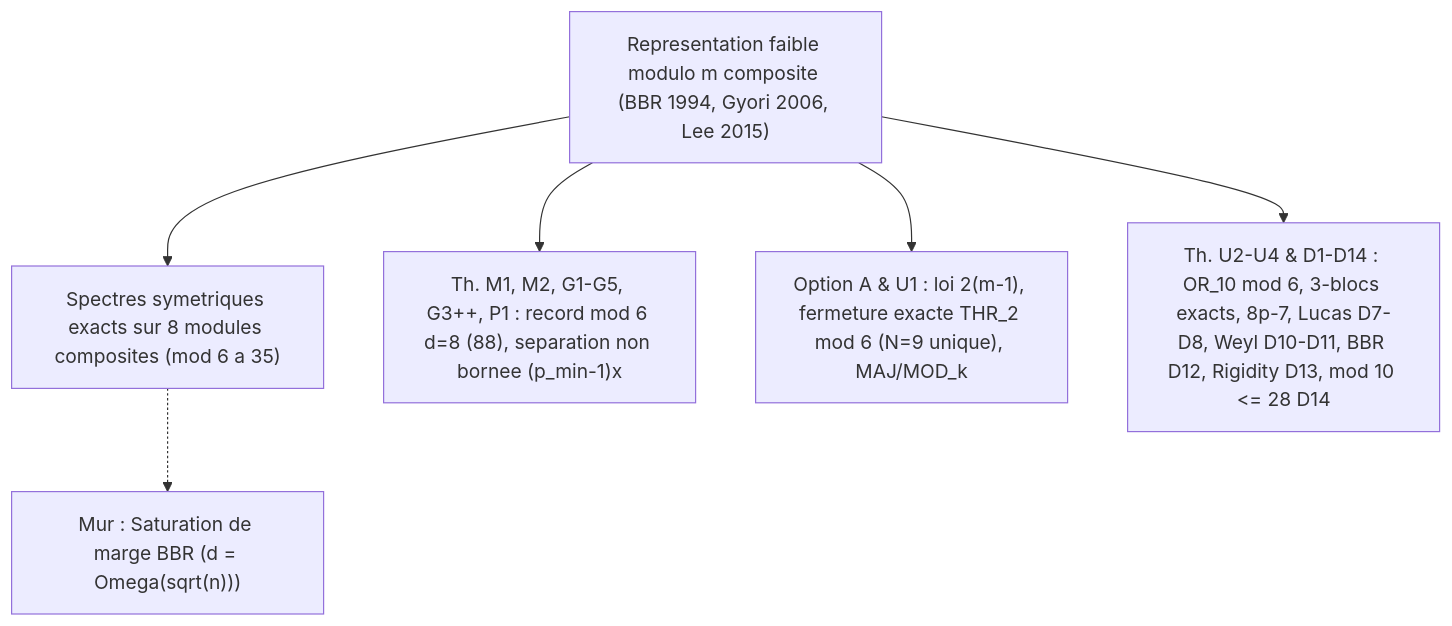
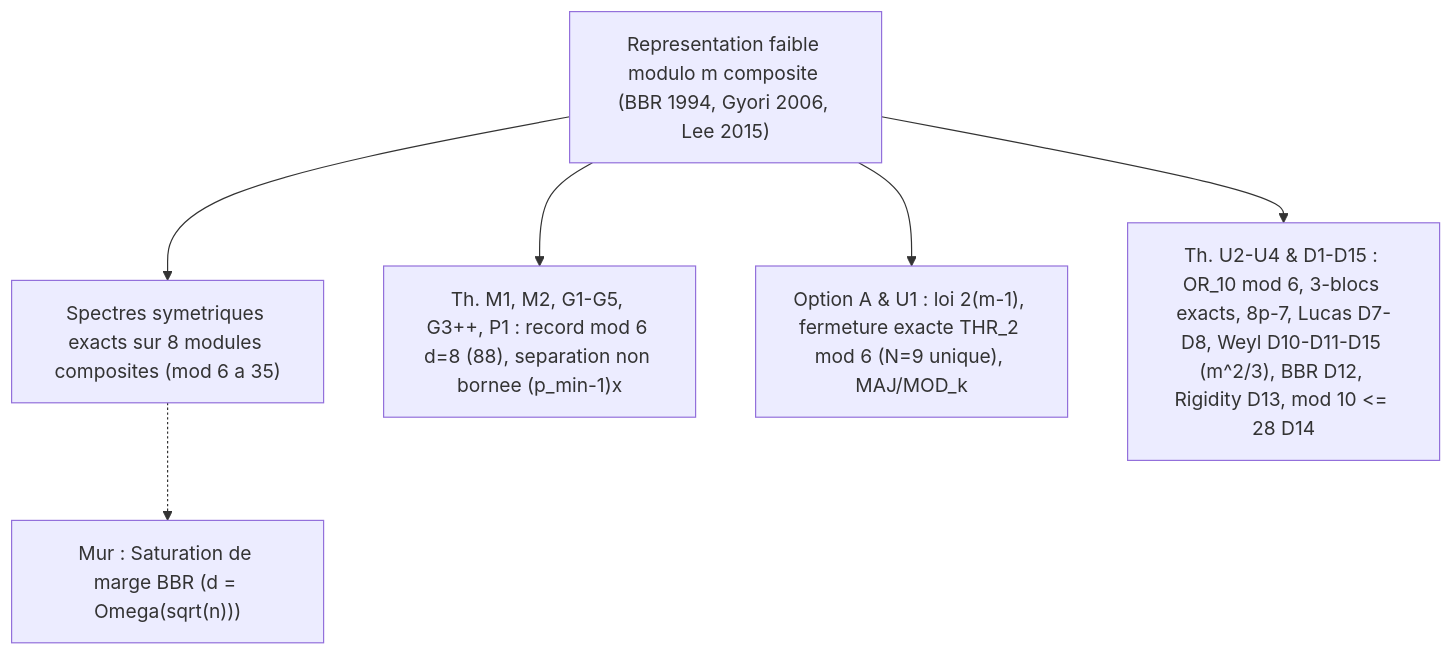
Before and after one commit to Axel-Bouchery/P-NP: the diagram in axe2_mod_composite_polynomials/RAPPORT.md, drawn with Mermaid. The commit also changed other lines of this file and 10 other files, not shown here.

````diff
--- a/axe2_mod_composite_polynomials/RAPPORT.md
+++ b/axe2_mod_composite_polynomials/RAPPORT.md
@@ -59,9 +59,9 @@
 ```mermaid
 flowchart TD
     Root["Representation faible modulo m composite (BBR 1994, Gyori 2006, Lee 2015)"]
     Root --> A2a["Spectres symetriques exacts sur 8 modules composites (mod 6 a 35)"]
     Root --> A2b["Th. M1, M2, G1-G5, G3++, P1 : record mod 6 d=8 (88), separation non bornee (p_min-1)x"]
     Root --> A2c["Option A & U1 : loi 2(m-1), fermeture exacte THR_2 mod 6 (N=9 unique), MAJ/MOD_k"]
-    Root --> A2d["Th. U2-U4 & D1-D14 : OR_10 mod 6, 3-blocs exacts, 8p-7, Lucas D7-D8, Weyl D10-D11, BBR D12, Rigidity D13, mod 10 <= 28 D14"]
+    Root --> A2d["Th. U2-U4 & D1-D15 : OR_10 mod 6, 3-blocs exacts, 8p-7, Lucas D7-D8, Weyl D10-D11-D15 (m^2/3), BBR D12, Rigidity D13, mod 10 <= 28 D14"]
     A2a -.-> M3["Mur : Saturation de marge BBR (d = Omega(sqrt(n)))"]
 ```
````
